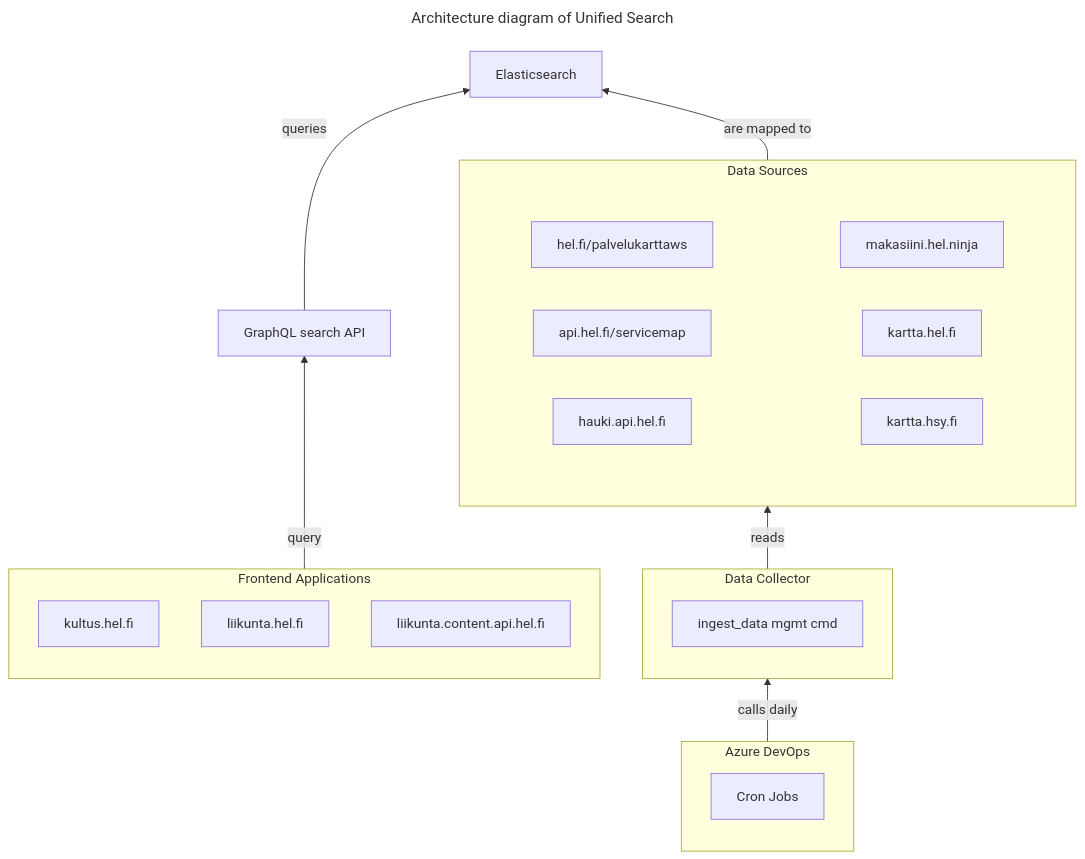
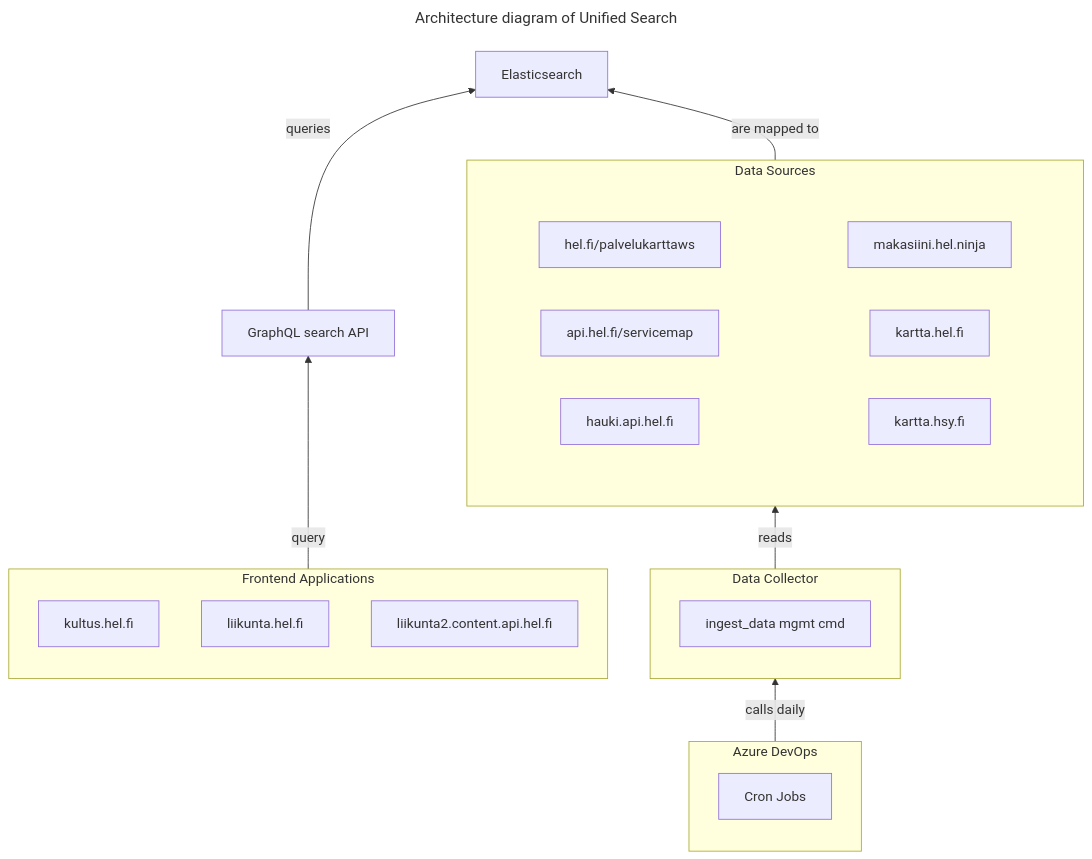
One commit to City-of-Helsinki/unified-search changed the diagram in README.md. Above: the diagram before and after it, drawn with Mermaid. The commit also changed other lines of this file, not shown here.

First line of the commit message:
docs: document liikunta2.content.api.hel.fi's use of unified search

````diff
--- a/README.md
+++ b/README.md
@@ -53,39 +53,39 @@
 ```mermaid
 ---
 title: Architecture diagram of Unified Search
 ---
 flowchart BT
   subgraph DevOps["Azure DevOps"]
     CronJobs["Cron Jobs"]
   end
   subgraph Sources["Data Sources"]
     subgraph Group1[" "]
       Makasiini["makasiini.hel.ninja"]
       HelsinkiWFS["kartta.hel.fi"]
       HsyWFS["kartta.hsy.fi"]
     end
     subgraph Group2[" "]
       PalvelukarttaWS["hel.fi/palvelukarttaws"]
       ServiceMap["api.hel.fi/servicemap"]
       Hauki["hauki.api.hel.fi"]
     end
   end
   subgraph DataCollector["Data Collector"]
     IngestData["ingest_data mgmt cmd"]
   end
   subgraph Frontends["Frontend Applications"]
     Kultus["kultus.hel.fi"]
     Liikunta["liikunta.hel.fi"]
-    LiikuntaHeadlessCMS["liikunta.content.api.hel.fi"]
+    LiikuntaHeadlessCMS["liikunta2.content.api.hel.fi"]
   end
   Elasticsearch
   GraphQL["GraphQL search API"]
 
   DevOps -- calls daily --> DataCollector
   DataCollector -- reads --> Sources -- are mapped to --> Elasticsearch
   GraphQL -- queries --> Elasticsearch
   Frontends -- query --> GraphQL
 
   style Group1 stroke-width:0
   style Group2 stroke-width:0
 ```
````
